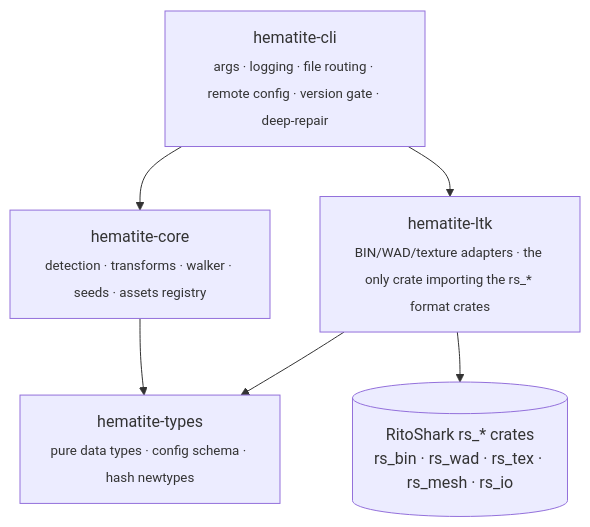
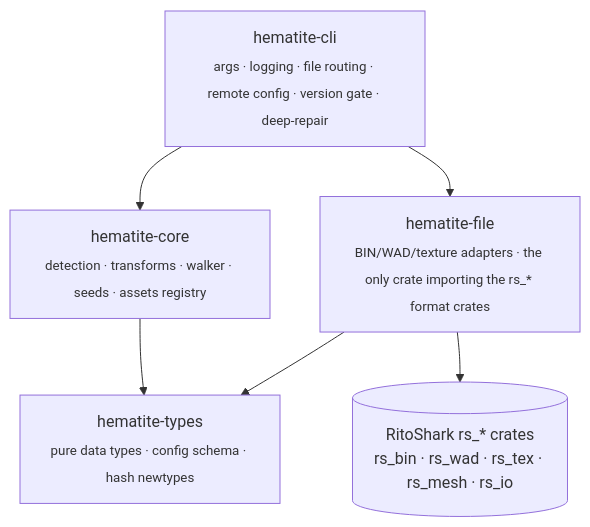
Before and after one commit to RitoShark/Hematite: the first of 2 diagrams in DEVELOPER.md, drawn with Mermaid. The commit also changed other lines of this file and 23 other files, not shown here.

First line of the commit message:
refactor(file): rename hematite-ltk to hematite-file

````diff
--- a/DEVELOPER.md
+++ b/DEVELOPER.md
@@ -41,14 +41,14 @@
 ```mermaid
 graph TD
     CLI[hematite-cli<br/><sub>args · logging · file routing · remote config · version gate · deep-repair</sub>]
     CORE[hematite-core<br/><sub>detection · transforms · walker · seeds · assets registry</sub>]
-    LTK[hematite-ltk<br/><sub>BIN/WAD/texture adapters · the only crate importing the rs_* format crates</sub>]
+    FILE[hematite-file<br/><sub>BIN/WAD/texture adapters · the only crate importing the rs_* format crates</sub>]
     TYPES[hematite-types<br/><sub>pure data types · config schema · hash newtypes</sub>]
     LEAGUE[("RitoShark rs_* crates<br/>rs_bin · rs_wad · rs_tex · rs_mesh · rs_io")]
 
     CLI --> CORE
-    CLI --> LTK
+    CLI --> FILE
     CORE --> TYPES
-    LTK --> TYPES
-    LTK --> LEAGUE
+    FILE --> TYPES
+    FILE --> LEAGUE
 ```
````
